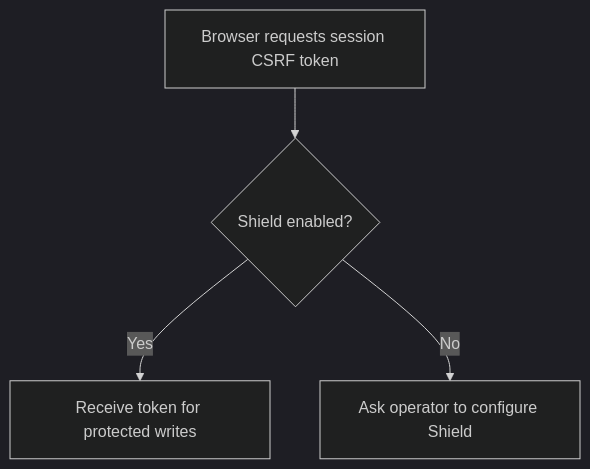
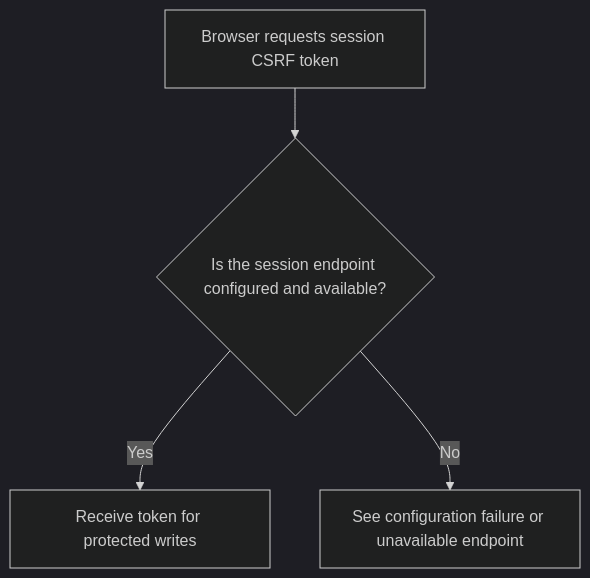
The first of 2 diagrams in user-stories/US-ACCOUNT-61-obtain-session-csrf-token.md (Kevinjohn/oss-adonisjs-account-kit), drawn with Mermaid (dark theme) before and after one commit. The commit also changed other lines of this file and 70 other files, not shown here.

````diff
--- a/user-stories/US-ACCOUNT-61-obtain-session-csrf-token.md
+++ b/user-stories/US-ACCOUNT-61-obtain-session-csrf-token.md
@@ -24,6 +24,6 @@
 ```mermaid
 flowchart TD
-    A["Browser requests session CSRF token"] --> B{"Shield enabled?"}
+    A["Browser requests session CSRF token"] --> B{"Is the session endpoint configured and available?"}
     B -->|Yes| C["Receive token for protected writes"]
-    B -->|No| D["Ask operator to configure Shield"]
+    B -->|No| D["See configuration failure or unavailable endpoint"]
 ```
````
